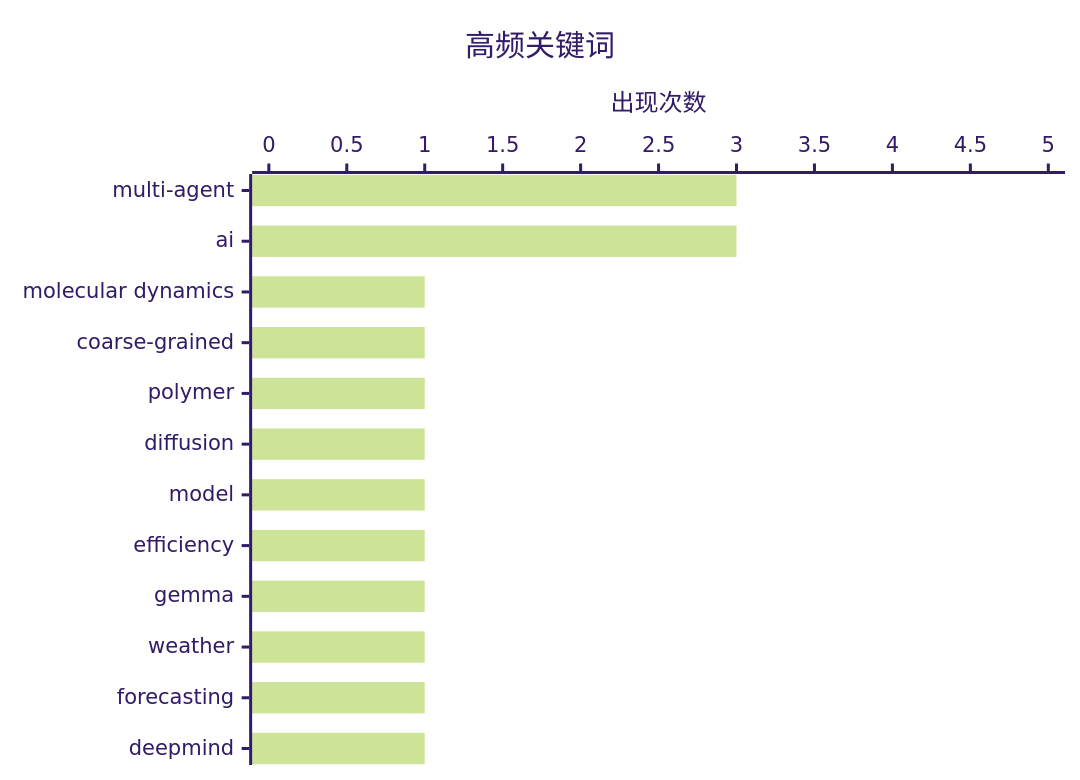
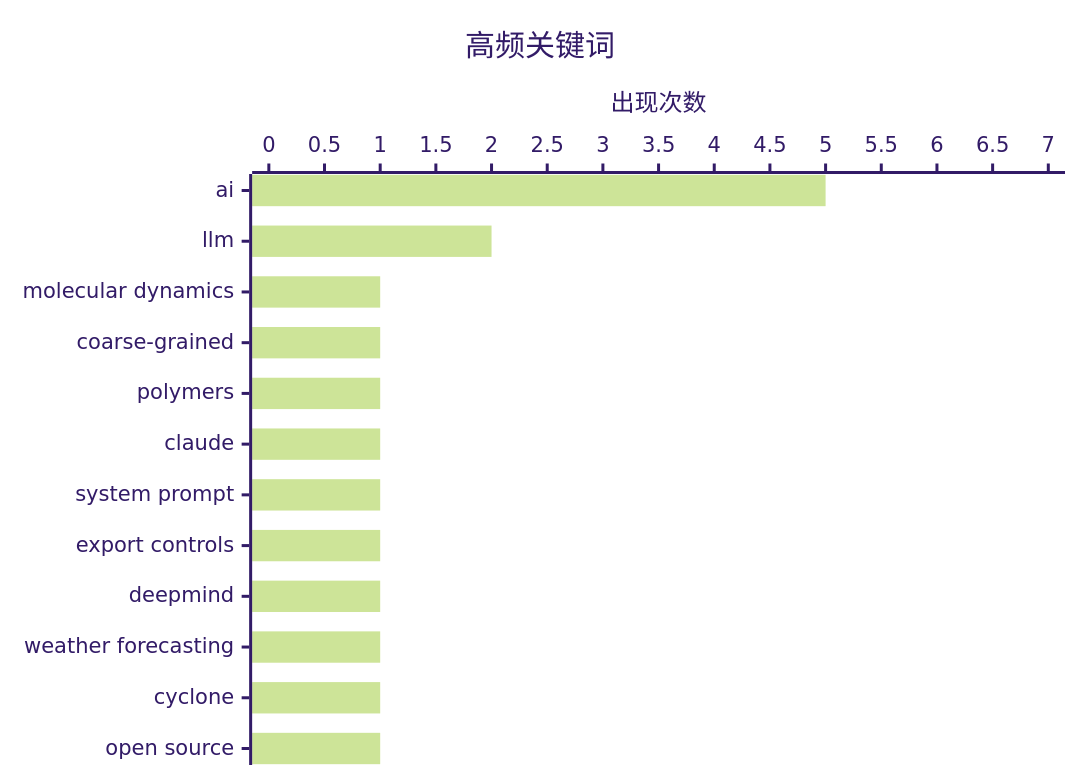
One commit to Halcyon-ccc/ai-daily-digest changed the second of 2 diagrams in digests/digest-20260810.md. Above: the diagram before and after it, drawn with Mermaid (forest theme). The commit also changed other lines of this file, not shown here.

````diff
--- a/digests/digest-20260810.md
+++ b/digests/digest-20260810.md
@@ -400,7 +403,7 @@
 ```mermaid
 xychart-beta horizontal
     title "高频关键词"
-    x-axis ["multi-agent", "ai", "molecular dynamics", "coarse-grained", "polymer", "diffusion", "model", "efficiency", "gemma", "weather", "forecasting", "deepmind"]
-    y-axis "出现次数" 0 --> 5
-    bar [3, 3, 1, 1, 1, 1, 1, 1, 1, 1, 1, 1]
+    x-axis ["ai", "llm", "molecular dynamics", "coarse-grained", "polymers", "claude", "system prompt", "export controls", "deepmind", "weather forecasting", "cyclone", "open source"]
+    y-axis "出现次数" 0 --> 7
+    bar [5, 2, 1, 1, 1, 1, 1, 1, 1, 1, 1, 1]
 ```
````
